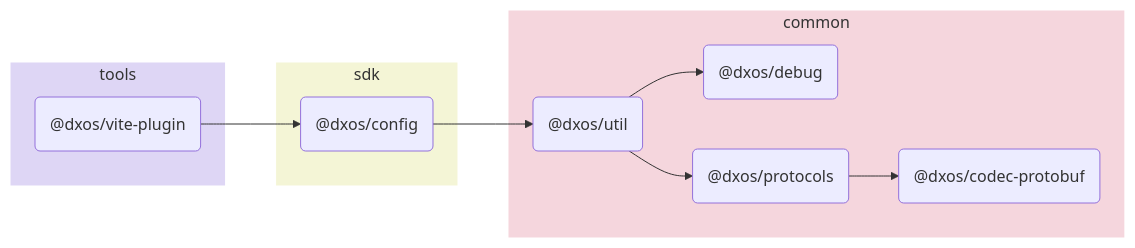
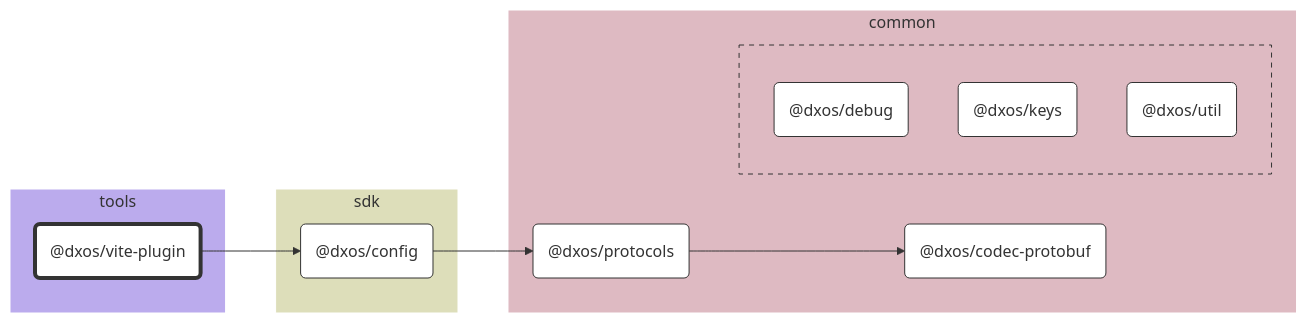
The diagram in tools/vite-plugin/docs/README.md (dxos/dxos), drawn with Mermaid before and after one commit. The commit also changed other lines of this file and 89 other files, not shown here.

````diff
--- a/tools/vite-plugin/docs/README.md
+++ b/tools/vite-plugin/docs/README.md
@@ -5,27 +7,61 @@
 ```mermaid
-flowchart LR;
+%%{ init: {'flowchart':{'curve':'basis'}} }%%
 
+flowchart LR
+
+%% Links
+dxos/config --> dxos/protocols;
+dxos/protocols --> dxos/codec-protobuf;
+dxos/vite-plugin --> dxos/config;
+
+%% Sections
 subgraph tools
-  style tools fill:#ded6f5,stroke:#fff;
-  dxos/vite-plugin("@dxos/vite-plugin");
+  style tools fill:#bbabed,stroke:#fff;
+
+  dxos/vite-plugin("@dxos/vite-plugin")
 end
 
 subgraph sdk
-  style sdk fill:#f4f5d6,stroke:#fff;
-  dxos/config("@dxos/config");
+  style sdk fill:#dddeba,stroke:#fff;
+
+  dxos/config("@dxos/config")
 end
 
 subgraph common
-  style common fill:#f5d6dd,stroke:#fff;
-  dxos/codec-protobuf("@dxos/codec-protobuf");
-  dxos/debug("@dxos/debug");
-  dxos/protocols("@dxos/protocols");
-  dxos/util("@dxos/util");
+  style common fill:#debac2,stroke:#fff;
+
+  dxos/codec-protobuf("@dxos/codec-protobuf")
+  dxos/protocols("@dxos/protocols")
+
+  subgraph common-excluded [ ]
+    style common-excluded fill:#debac2,stroke:#333,stroke-dasharray:5 5;
+
+    dxos/debug("@dxos/debug")
+    dxos/keys("@dxos/keys")
+    dxos/util("@dxos/util")
+  end
 end
 
-dxos/vite-plugin --> dxos/config;
-dxos/protocols --> dxos/codec-protobuf;
-dxos/config --> dxos/util;
-dxos/util --> dxos/debug;
-dxos/util --> dxos/protocols;
+
+%% Hyperlinks
+click dxos/codec-protobuf "dxos/dxos/tree/main/packages/common/codec-protobuf/docs";
+click dxos/config "dxos/dxos/tree/main/packages/sdk/config/docs";
+click dxos/debug "dxos/dxos/tree/main/packages/common/debug/docs";
+click dxos/keys "dxos/dxos/tree/main/packages/common/keys/docs";
+click dxos/protocols "dxos/dxos/tree/main/packages/common/protocols/docs";
+click dxos/util "dxos/dxos/tree/main/packages/common/util/docs";
+
+%% Styles
+classDef rootNode fill:#fff,stroke:#333,stroke-width:4px
+classDef defaultNode fill:#fff,stroke:#333,stroke-width:1px
+linkStyle default stroke:#333,stroke-width:1px
+
+dxos/vite-plugin:::rootNode
+
+dxos/codec-protobuf:::defaultNode
+dxos/config:::defaultNode
+dxos/debug:::defaultNode
+dxos/keys:::defaultNode
+dxos/protocols:::defaultNode
+dxos/util:::defaultNode
 ```
````
